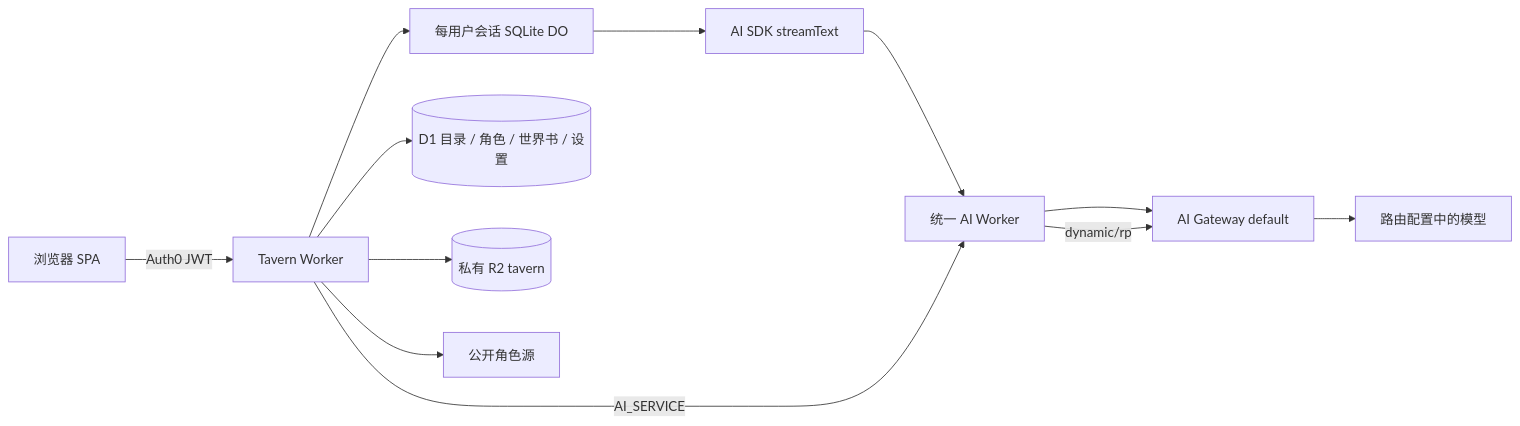
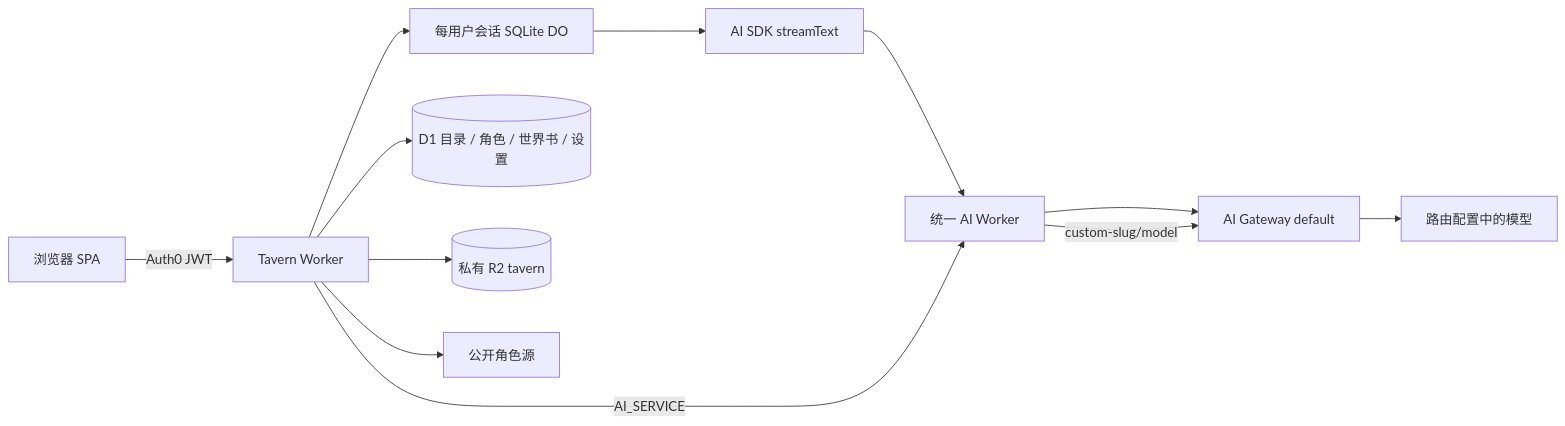
The diagram in docs/tavern/ARCHITECTURE.md (hasbai/hasbai), drawn with Mermaid before and after one commit. The commit also changed other lines of this file and 36 other files, not shown here.

````diff
--- a/docs/tavern/ARCHITECTURE.md
+++ b/docs/tavern/ARCHITECTURE.md
@@ -55,14 +55,14 @@
 ```mermaid
 flowchart LR
   Browser[浏览器 SPA] -->|Auth0 JWT| Worker[Tavern Worker]
   Worker --> DO[每用户会话 SQLite DO]
   DO --> SDK[AI SDK streamText]
     SDK --> AI[统一 AI Worker]
     AI --> Gateway
   Worker --> DB[(D1 目录 / 角色 / 世界书 / 设置)]
   Worker --> Files[(私有 R2 tavern)]
   Worker --> Sources[公开角色源]
   Worker -->|AI_SERVICE| AI
-  AI -->|dynamic/rp| Gateway[AI Gateway default]
+  AI -->|custom-slug/model| Gateway[AI Gateway default]
   Gateway --> Model[路由配置中的模型]
 ```
````
